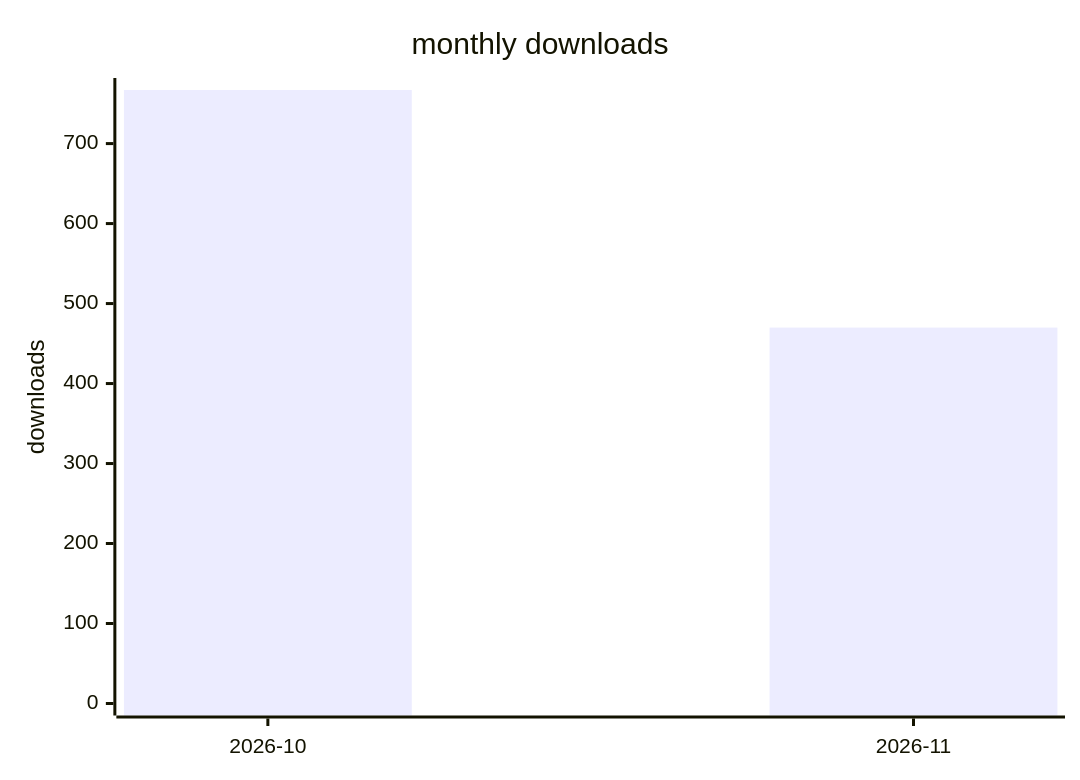
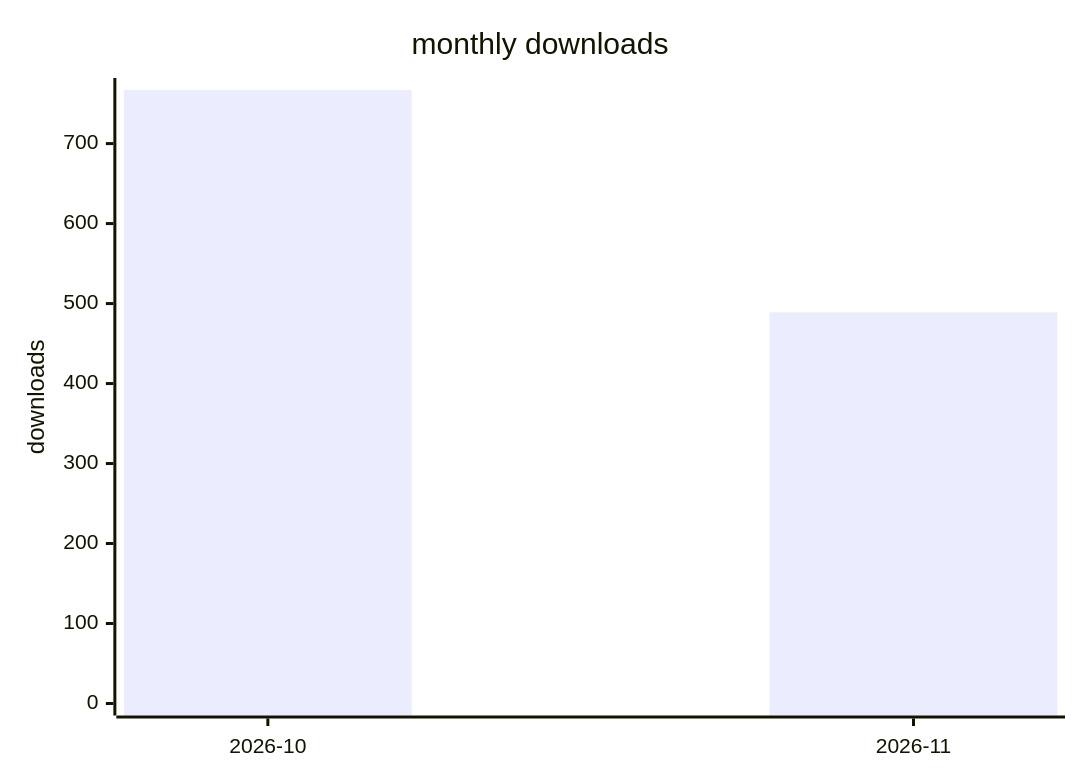
One commit to terry2010/opencode-loop-recover changed the second of 2 diagrams in docs/downloads-2026.md. Above: the diagram before and after it, drawn with Mermaid. The commit also changed other lines of this file and 1 other file, not shown here.

````diff
--- a/docs/downloads-2026.md
+++ b/docs/downloads-2026.md
@@ -29,7 +29,7 @@
 ```mermaid
 xychart-beta
     title "monthly downloads"
     x-axis ["2026-10", "2026-11"]
     y-axis "downloads" 0 --> 767
-    bar [767, 470]
+    bar [767, 489]
 ```
````
